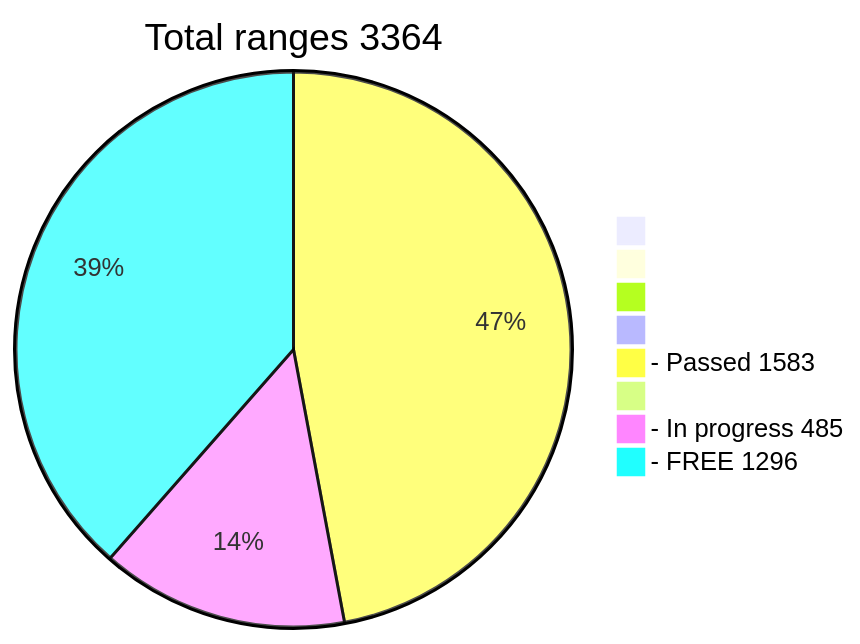
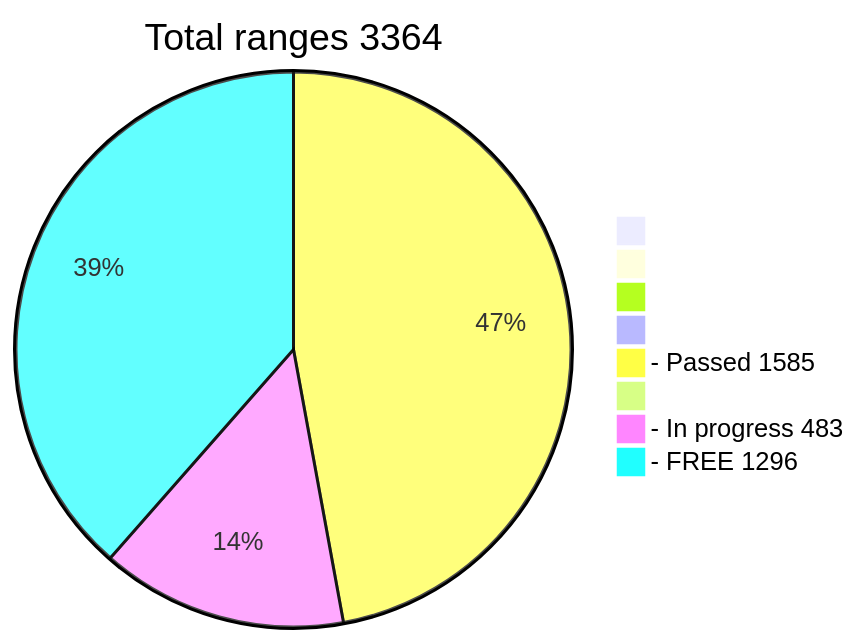
Before and after one commit to phrutis/wif500: the diagram in README.md, drawn with Mermaid.

````diff
--- a/README.md
+++ b/README.md
@@ -16,12 +16,12 @@
 ```mermaid
 pie title Total ranges 3364
              " " : 0
             "  " : 0
            "   " : 0
           "    " : 0
-  "- Passed 1583" : 1583
+  "- Passed 1585" : 1585
          "     " : 0
-  "- In progress 485" : 485
+  "- In progress 483" : 483
    "- FREE 1296" : 1296
    
 ```
````
